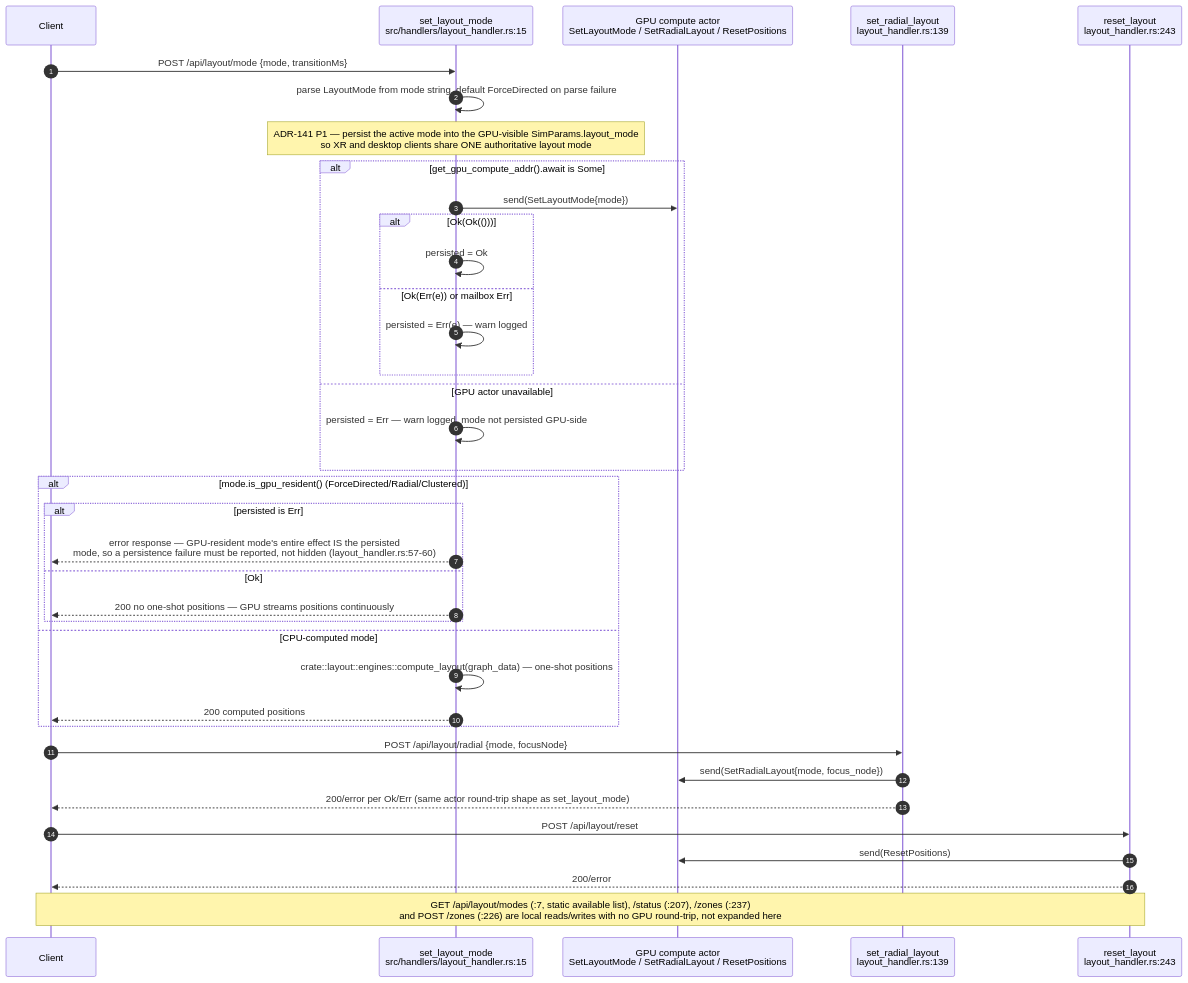
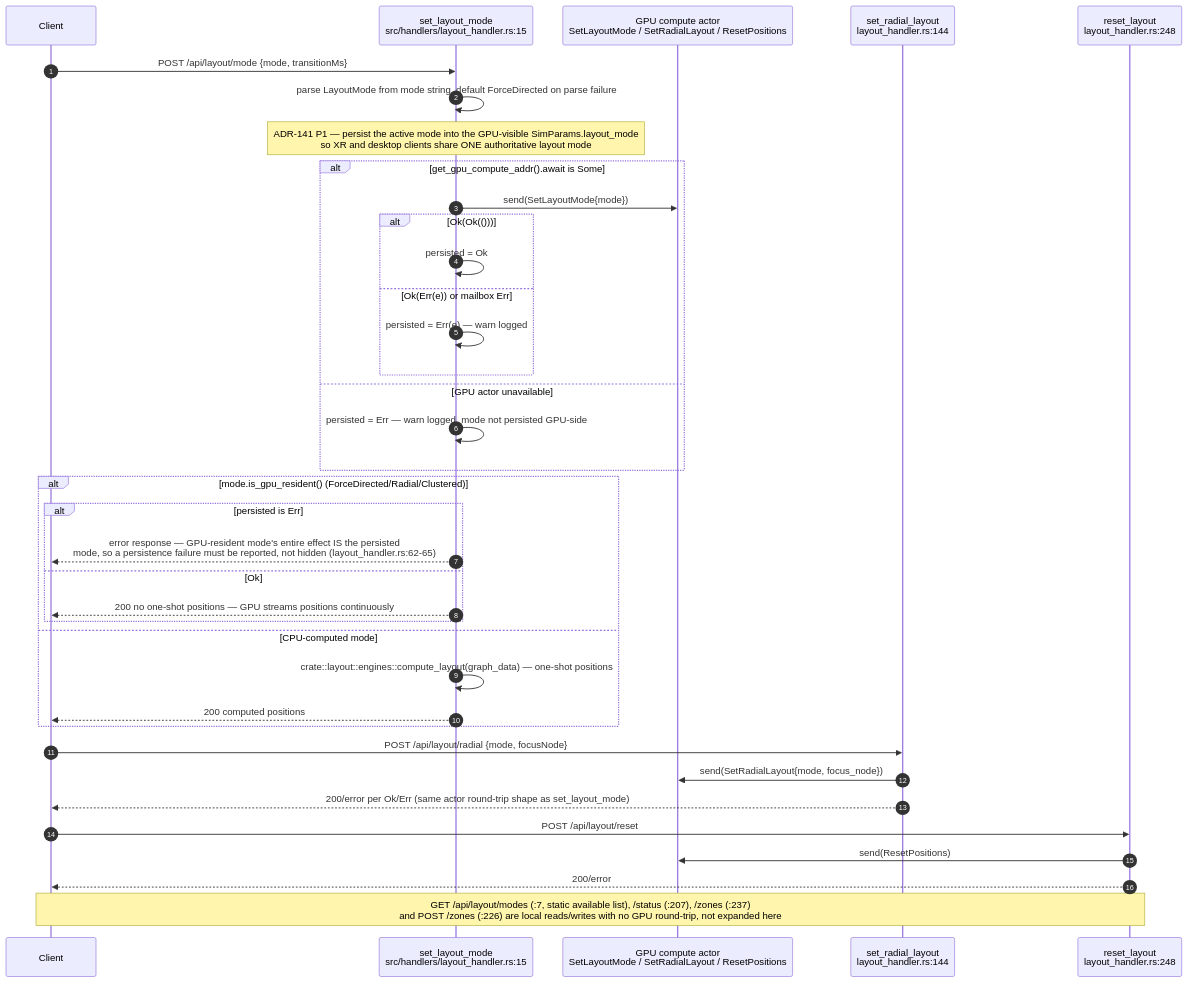
Before and after one commit to DreamLab-AI/AR-AI-Knowledge-Graph: diagram 12 of 29 in docs/diagrams/visionclaw/04-handlers-graph-and-state.md, drawn with Mermaid. The commit also changed other lines of this file and 73 other files, not shown here.

First line of the commit message:
docs(diagrams): re-verify all 71 topic files against HEAD; add --cite-check

````diff
--- a/docs/diagrams/visionclaw/04-handlers-graph-and-state.md
+++ b/docs/diagrams/visionclaw/04-handlers-graph-and-state.md
@@ -598,40 +598,40 @@
 ```mermaid
 sequenceDiagram
     autonumber
     participant C as Client
     participant SM as set_layout_mode<br/>src/handlers/layout_handler.rs:15
     participant GPU as GPU compute actor<br/>SetLayoutMode / SetRadialLayout / ResetPositions
-    participant RL as set_radial_layout<br/>layout_handler.rs:139
-    participant RS as reset_layout<br/>layout_handler.rs:243
+    participant RL as set_radial_layout<br/>layout_handler.rs:144
+    participant RS as reset_layout<br/>layout_handler.rs:248
 
     C->>SM: POST /api/layout/mode {mode, transitionMs}
     SM->>SM: parse LayoutMode from mode string, default ForceDirected on parse failure
     Note over SM: ADR-141 P1 — persist the active mode into the GPU-visible SimParams.layout_mode<br/>so XR and desktop clients share ONE authoritative layout mode
     alt get_gpu_compute_addr().await is Some
         SM->>GPU: send(SetLayoutMode{mode})
         alt Ok(Ok(()))
             SM->>SM: persisted = Ok
         else Ok(Err(e)) or mailbox Err
             SM->>SM: persisted = Err(e) — warn logged
         end
     else GPU actor unavailable
         SM->>SM: persisted = Err — warn logged, mode not persisted GPU-side
     end
     alt mode.is_gpu_resident() (ForceDirected/Radial/Clustered)
         alt persisted is Err
-            SM-->>C: error response — GPU-resident mode's entire effect IS the persisted<br/>mode, so a persistence failure must be reported, not hidden (layout_handler.rs:57-60)
+            SM-->>C: error response — GPU-resident mode's entire effect IS the persisted<br/>mode, so a persistence failure must be reported, not hidden (layout_handler.rs:62-65)
         else Ok
             SM-->>C: 200 no one-shot positions — GPU streams positions continuously
         end
     else CPU-computed mode
         SM->>SM: crate::layout::engines::compute_layout(graph_data) — one-shot positions
         SM-->>C: 200 computed positions
     end
     C->>RL: POST /api/layout/radial {mode, focusNode}
     RL->>GPU: send(SetRadialLayout{mode, focus_node})
     RL-->>C: 200/error per Ok/Err (same actor round-trip shape as set_layout_mode)
     C->>RS: POST /api/layout/reset
     RS->>GPU: send(ResetPositions)
     RS-->>C: 200/error
     Note over C,RS: GET /api/layout/modes (:7, static available list), /status (:207), /zones (:237)<br/>and POST /zones (:226) are local reads/writes with no GPU round-trip, not expanded here
 ```
````
